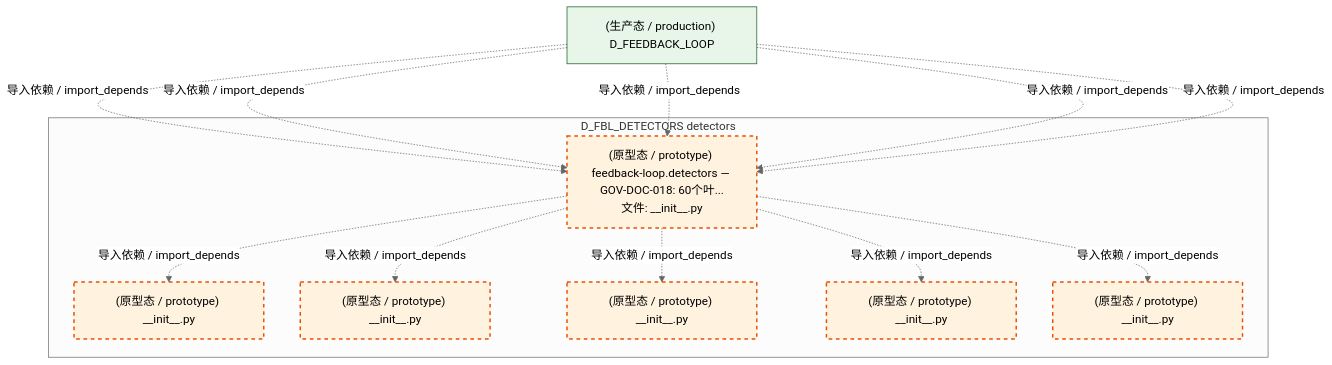
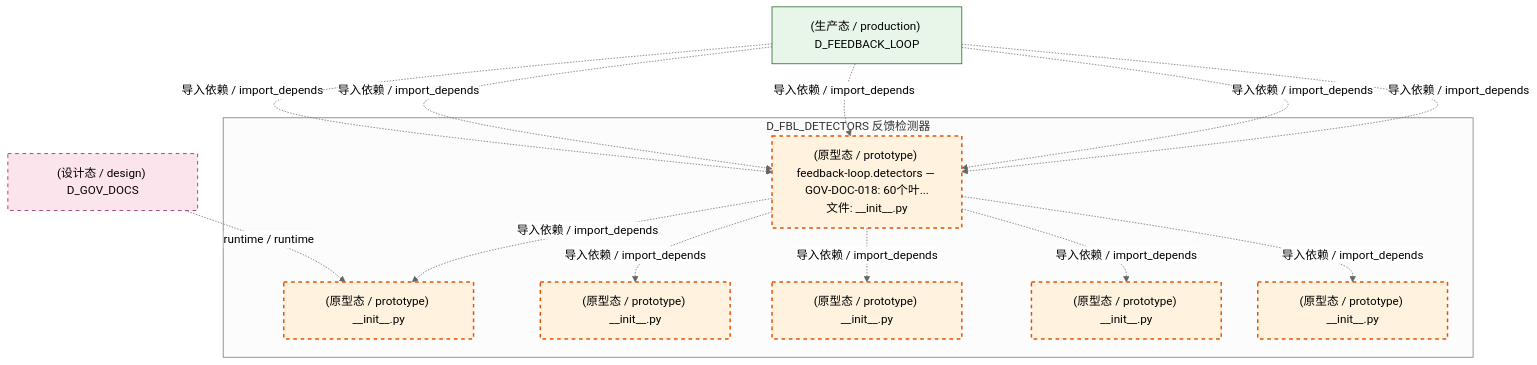
The fifth of 6 diagrams in docs/02_enterprise_architecture/02_domain_architecture_docs/11_d_fbl_detectors.md (xuanFelixVan/ZephyrAlpha), drawn with Mermaid (neutral theme) before and after one commit. The commit also changed other lines of this file and 125 other files, not shown here.

````diff
--- a/docs/02_enterprise_architecture/02_domain_architecture_docs/11_d_fbl_detectors.md
+++ b/docs/02_enterprise_architecture/02_domain_architecture_docs/11_d_fbl_detectors.md
@@ -336,28 +339,31 @@
 ```mermaid
 graph TD
-    subgraph D_FBL_DETECTORS["D_FBL_DETECTORS detectors"]
+    subgraph D_FBL_DETECTORS["D_FBL_DETECTORS 反馈检测器"]
         src_zephyr_feedback_loop_detectors_init_py["(原型态 / prototype) feedback-loop.detectors — GOV-DOC-018: 60个叶...<br/>文件: __init__.py"]
         src_zephyr_feedback_loop_detectors_anomaly_init_py["(原型态 / prototype) __init__.py"]
         src_zephyr_feedback_loop_detectors_correlation_init_py["(原型态 / prototype) __init__.py"]
         src_zephyr_feedback_loop_detectors_drift_init_py["(原型态 / prototype) __init__.py"]
         src_zephyr_feedback_loop_detectors_guard_init_py["(原型态 / prototype) __init__.py"]
         src_zephyr_feedback_loop_detectors_reliability_init_py["(原型态 / prototype) __init__.py"]
     end
     src_zephyr_feedback_loop_detectors_init_py -.->|导入依赖 / import_depends| src_zephyr_feedback_loop_detectors_anomaly_init_py
     src_zephyr_feedback_loop_detectors_init_py -.->|导入依赖 / import_depends| src_zephyr_feedback_loop_detectors_correlation_init_py
     src_zephyr_feedback_loop_detectors_init_py -.->|导入依赖 / import_depends| src_zephyr_feedback_loop_detectors_drift_init_py
     src_zephyr_feedback_loop_detectors_init_py -.->|导入依赖 / import_depends| src_zephyr_feedback_loop_detectors_guard_init_py
     src_zephyr_feedback_loop_detectors_init_py -.->|导入依赖 / import_depends| src_zephyr_feedback_loop_detectors_reliability_init_py
+    D_GOV_DOCS["(设计态 / design) D_GOV_DOCS"]
+    D_GOV_DOCS -.->|runtime / runtime| src_zephyr_feedback_loop_detectors_anomaly_init_py
     D_FEEDBACK_LOOP["(生产态 / production) D_FEEDBACK_LOOP"]
     D_FEEDBACK_LOOP -.->|导入依赖 / import_depends| src_zephyr_feedback_loop_detectors_init_py
     D_FEEDBACK_LOOP -.->|导入依赖 / import_depends| src_zephyr_feedback_loop_detectors_init_py
     D_FEEDBACK_LOOP -.->|导入依赖 / import_depends| src_zephyr_feedback_loop_detectors_init_py
     D_FEEDBACK_LOOP -.->|导入依赖 / import_depends| src_zephyr_feedback_loop_detectors_init_py
     D_FEEDBACK_LOOP -.->|导入依赖 / import_depends| src_zephyr_feedback_loop_detectors_init_py
     classDef production fill:#e1f5fe,stroke:#01579b,stroke-width:2px,color:#000
     classDef design fill:#fff3e0,stroke:#e65100,stroke-width:2px,color:#000,stroke-dasharray: 5 5
     classDef external_prod fill:#e8f5e9,stroke:#1b5e20,stroke-width:1px,color:#000
     classDef external_design fill:#fce4ec,stroke:#880e4f,stroke-width:1px,color:#000,stroke-dasharray: 5 5
     class src_zephyr_feedback_loop_detectors_init_py,src_zephyr_feedback_loop_detectors_anomaly_init_py,src_zephyr_feedback_loop_detectors_correlation_init_py,src_zephyr_feedback_loop_detectors_drift_init_py,src_zephyr_feedback_loop_detectors_guard_init_py,src_zephyr_feedback_loop_detectors_reliability_init_py design
     class D_FEEDBACK_LOOP external_prod
+    class D_GOV_DOCS external_design
 ```
````
